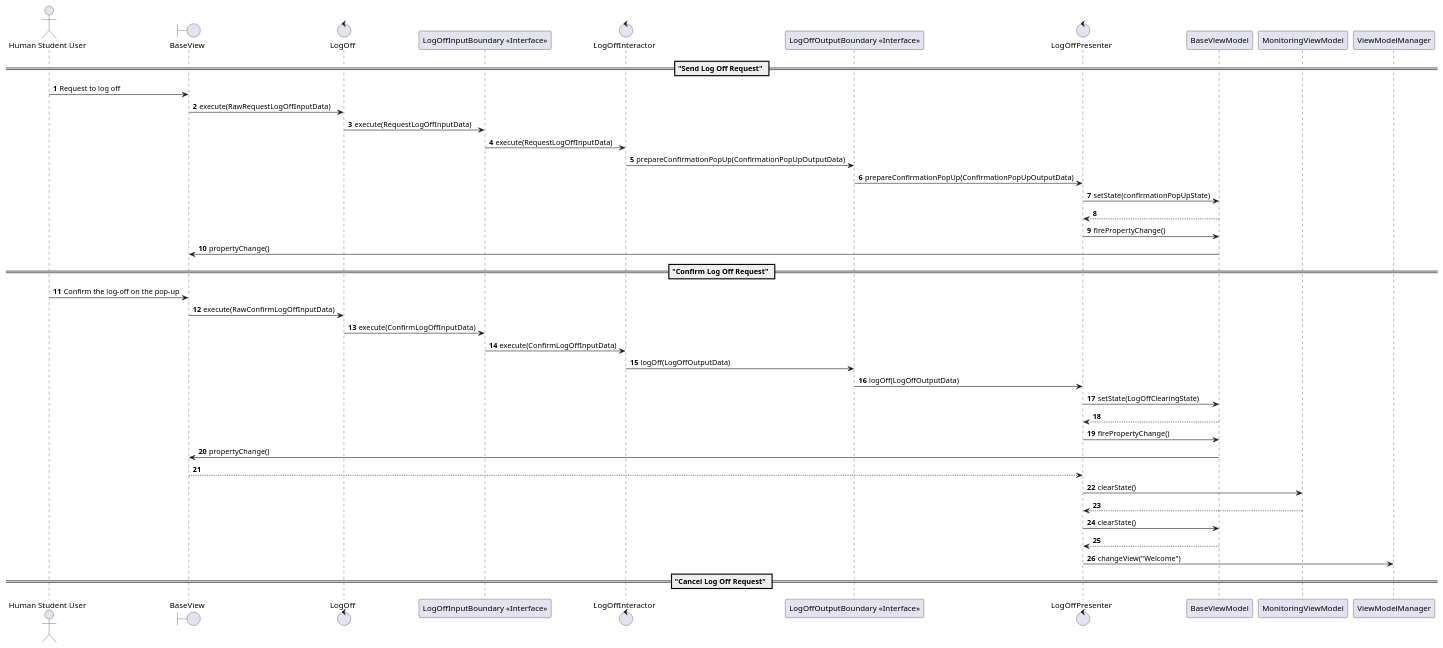
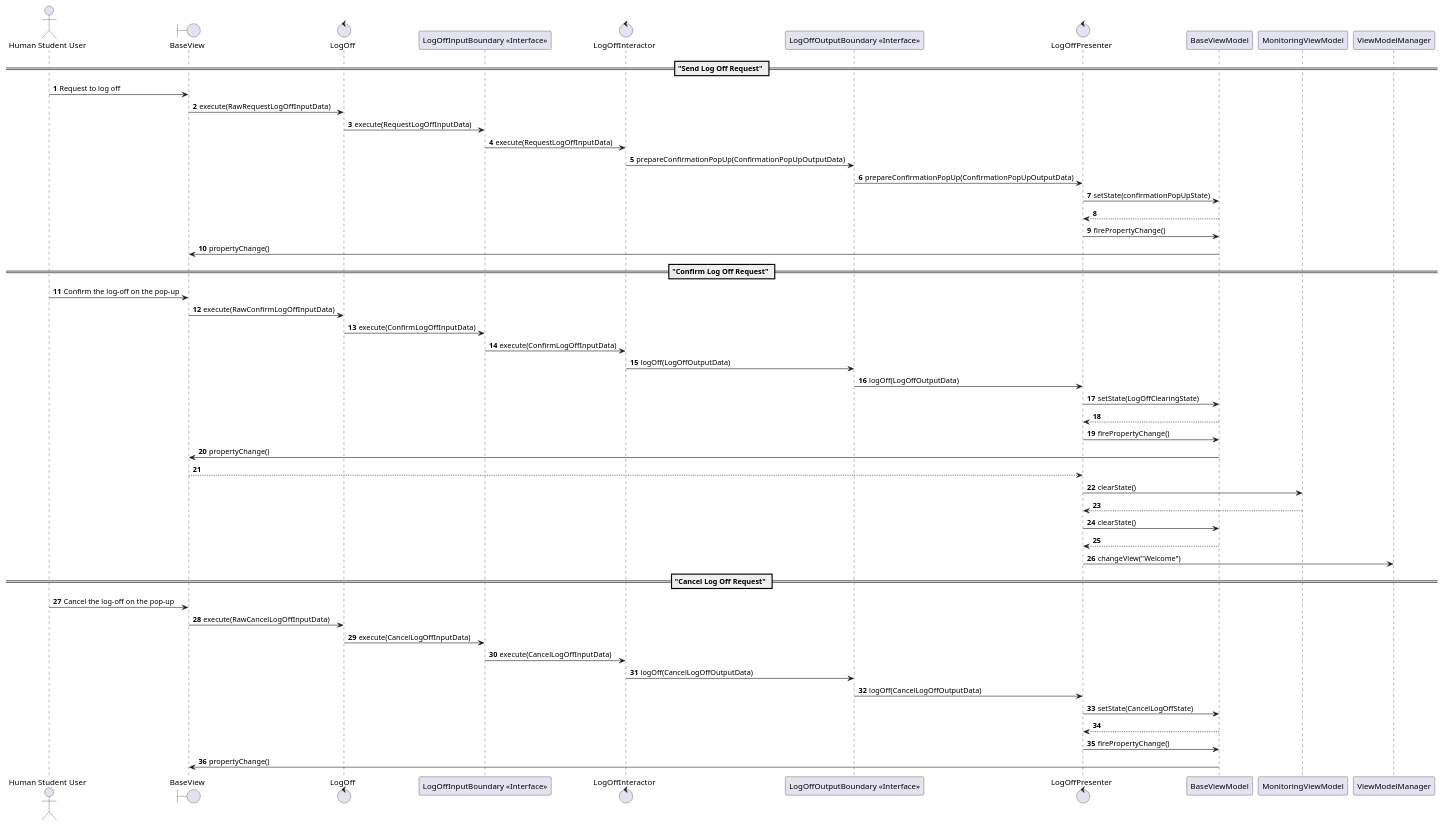
Before and after one commit to XiaRao/team-project: the diagram in DraftStory4/UseCase4C.puml, drawn with PlantUML.

Commit message:
update use case 4c sequence diagram

```diff
--- a/DraftStory4/UseCase4C.puml
+++ b/DraftStory4/UseCase4C.puml
@@ -1,49 +1,59 @@
 @startuml
 'https://plantuml.com/sequence-diagram
 
 autonumber
 
 actor "Human Student User" as humanStudentUser
 boundary "BaseView" as baseView
 control "LogOff" as logOffController
 participant "LogOffInputBoundary <<Interface>>" as logOffInputBoundary
 control "LogOffInteractor" as logOffInteractor
 participant "LogOffOutputBoundary <<Interface>>" as logOffOutputBoundary
 control "LogOffPresenter" as logOffPresenter
 participant "BaseViewModel" as baseViewModel
 participant "MonitoringViewModel" as monitoringViewModel
 participant "ViewModelManager" as viewModelManager
 
 == "Send Log Off Request" ==
 humanStudentUser -> baseView: Request to log off
 baseView -> logOffController: execute(RawRequestLogOffInputData)
 logOffController -> logOffInputBoundary: execute(RequestLogOffInputData)
 logOffInputBoundary -> logOffInteractor: execute(RequestLogOffInputData)
 logOffInteractor -> logOffOutputBoundary: prepareConfirmationPopUp(ConfirmationPopUpOutputData)
 logOffOutputBoundary -> logOffPresenter: prepareConfirmationPopUp(ConfirmationPopUpOutputData)
 logOffPresenter -> baseViewModel: setState(confirmationPopUpState)
 logOffPresenter <-- baseViewModel
 logOffPresenter -> baseViewModel: firePropertyChange()
 baseViewModel -> baseView: propertyChange()
 
 == "Confirm Log Off Request" ==
 humanStudentUser -> baseView: Confirm the log-off on the pop-up
 baseView -> logOffController: execute(RawConfirmLogOffInputData)
 logOffController -> logOffInputBoundary: execute(ConfirmLogOffInputData)
 logOffInputBoundary -> logOffInteractor: execute(ConfirmLogOffInputData)
 logOffInteractor -> logOffOutputBoundary: logOff(LogOffOutputData)
 logOffOutputBoundary -> logOffPresenter: logOff(LogOffOutputData)
 logOffPresenter -> baseViewModel: setState(LogOffClearingState)
 logOffPresenter <-- baseViewModel
 logOffPresenter -> baseViewModel: firePropertyChange()
 baseViewModel -> baseView: propertyChange()
 baseView --> logOffPresenter
 logOffPresenter -> monitoringViewModel: clearState()
 logOffPresenter <-- monitoringViewModel
 logOffPresenter -> baseViewModel: clearState()
 logOffPresenter <-- baseViewModel
 logOffPresenter -> viewModelManager: changeView("Welcome")
 
 == "Cancel Log Off Request" ==
+humanStudentUser -> baseView: Cancel the log-off on the pop-up
+baseView -> logOffController: execute(RawCancelLogOffInputData)
+logOffController -> logOffInputBoundary: execute(CancelLogOffInputData)
+logOffInputBoundary -> logOffInteractor: execute(CancelLogOffInputData)
+logOffInteractor -> logOffOutputBoundary: logOff(CancelLogOffOutputData)
+logOffOutputBoundary -> logOffPresenter: logOff(CancelLogOffOutputData)
+logOffPresenter -> baseViewModel: setState(CancelLogOffState)
+logOffPresenter <-- baseViewModel
+logOffPresenter -> baseViewModel: firePropertyChange()
+baseViewModel -> baseView: propertyChange()
 
 @enduml
```
